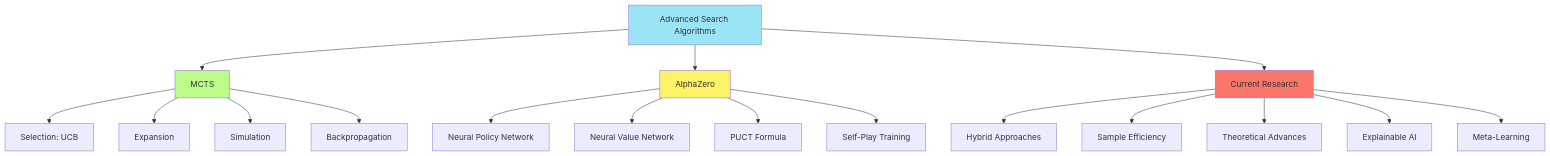
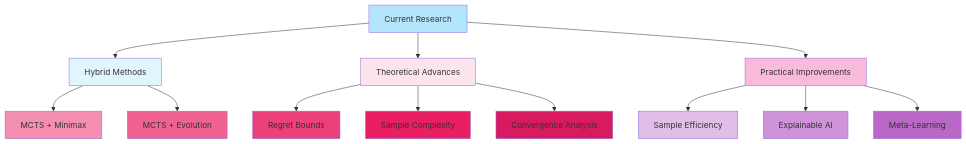
One commit to Chaklader/DPRL-Tennis-ML-Agents changed the fourth of 4 diagrams in C_2.md. Above: the diagram before and after it, drawn with Mermaid. The commit also changed other lines of this file, not shown here.

````diff
--- a/C_2.md
+++ b/C_2.md
@@ -1093,27 +1153,30 @@
 ```mermaid
 graph TD
-    A[Advanced Search Algorithms] --> B[MCTS]
-    A --> C[AlphaZero]
-    A --> D[Current Research]
+    A["Current Research"] --> B1["Hybrid Methods"]
+    A --> B2["Theoretical Advances"]
+    A --> B3["Practical Improvements"]
 
-    B --> B1[Selection: UCB]
-    B --> B2[Expansion]
-    B --> B3[Simulation]
-    B --> B4[Backpropagation]
+    B1 --> B1a["MCTS + Minimax"]
+    B1 --> B1b["MCTS + Evolution"]
 
-    C --> C1[Neural Policy Network]
-    C --> C2[Neural Value Network]
-    C --> C3[PUCT Formula]
-    C --> C4[Self-Play Training]
+    B2 --> B2a["Regret Bounds"]
+    B2 --> B2b["Sample Complexity"]
+    B2 --> B2c["Convergence Analysis"]
 
-    D --> D1[Hybrid Approaches]
-    D --> D2[Sample Efficiency]
-    D --> D3[Theoretical Advances]
-    D --> D4[Explainable AI]
-    D --> D5[Meta-Learning]
+    B3 --> B3a["Sample Efficiency"]
+    B3 --> B3b["Explainable AI"]
+    B3 --> B3c["Meta-Learning"]
 
-    style A fill:#9AE4F5
-    style B fill:#BCFB89
-    style C fill:#FBF266
-    style D fill:#FA756A
+    style A fill:#B3E5FC
+    style B1 fill:#E1F5FE
+    style B2 fill:#FCE4EC
+    style B3 fill:#F8BBD9
+    style B1a fill:#F48FB1
+    style B1b fill:#F06292
+    style B2a fill:#EC407A
+    style B2b fill:#E91E63
+    style B2c fill:#D81B60
+    style B3a fill:#E1BEE7
+    style B3b fill:#CE93D8
+    style B3c fill:#BA68C8
 ```
````
